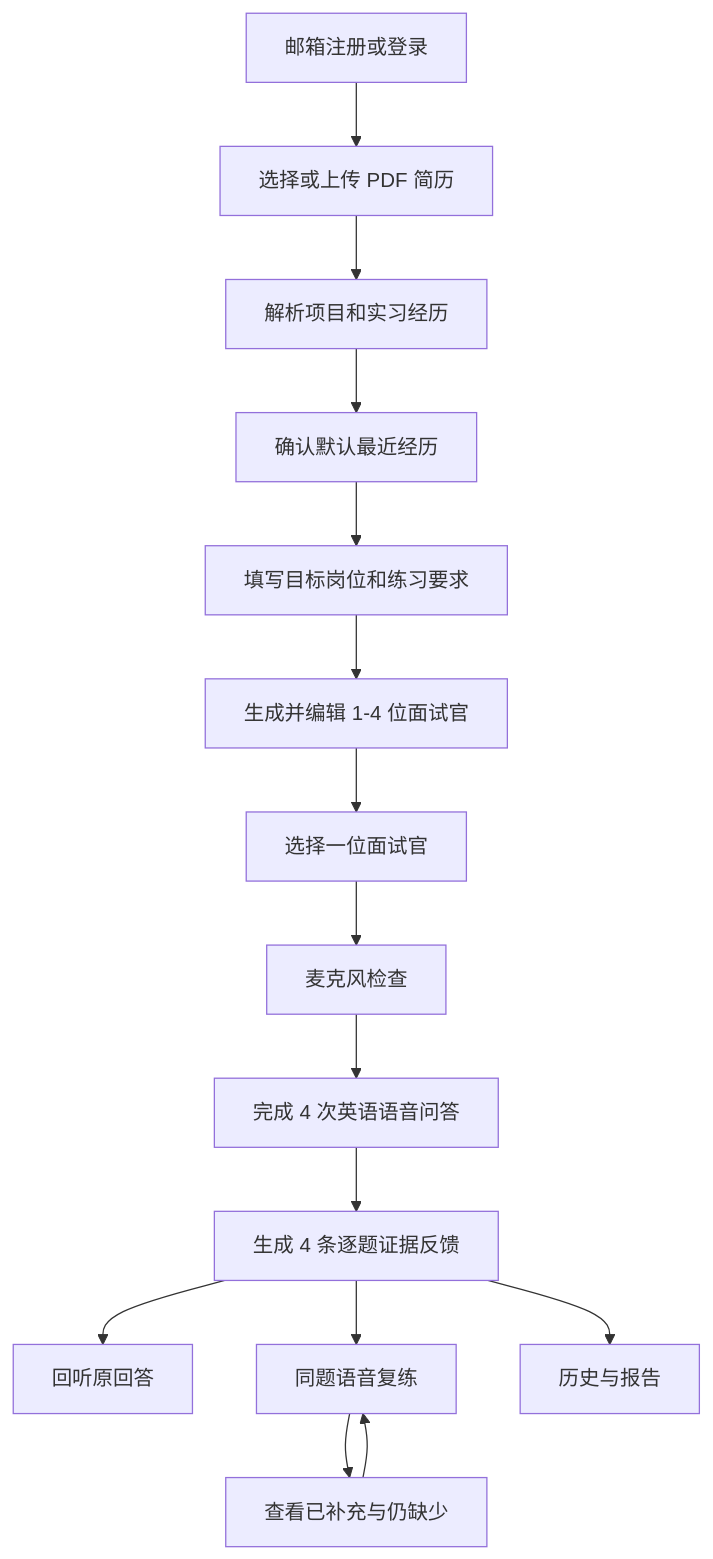
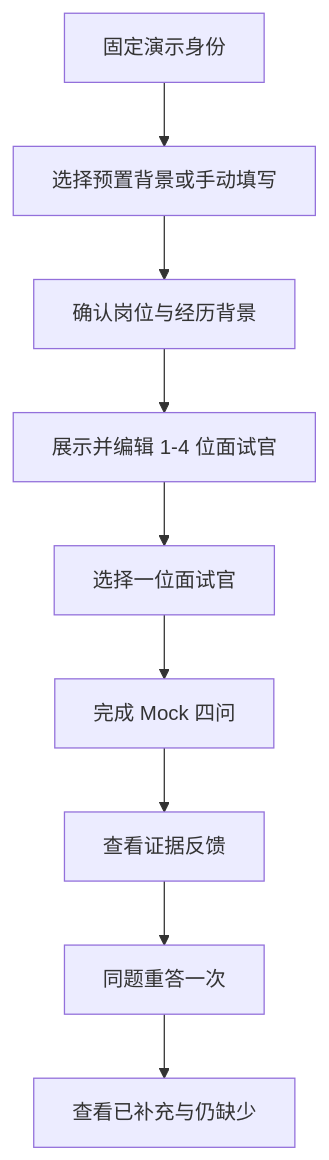
One commit to Lq0412/ai-en-coach changed the diagram in docs/superpowers/specs/2026-07-14-ms1-interview-prd-design.md. Above: the diagram before and after it, drawn with Mermaid. The commit also changed other lines of this file and 2 other files, not shown here.

````diff
--- a/docs/superpowers/specs/2026-07-14-ms1-interview-prd-design.md
+++ b/docs/superpowers/specs/2026-07-14-ms1-interview-prd-design.md
@@ -100,17 +75,11 @@
 ```mermaid
 flowchart TD
-  A[邮箱注册或登录] --> B[选择或上传 PDF 简历]
-  B --> C[解析项目和实习经历]
-  C --> D[确认默认最近经历]
-  D --> E[填写目标岗位和练习要求]
-  E --> F[生成并编辑 1-4 位面试官]
-  F --> G[选择一位面试官]
-  G --> H[麦克风检查]
-  H --> I[完成 4 次英语语音问答]
-  I --> J[生成 4 条逐题证据反馈]
-  J --> K[回听原回答]
-  J --> L[同题语音复练]
-  L --> M[查看已补充与仍缺少]
-  M --> L
-  J --> N[历史与报告]
+  A[固定演示身份] --> B[选择预置背景或手动填写]
+  B --> C[确认岗位与经历背景]
+  C --> D[展示并编辑 1-4 位面试官]
+  D --> E[选择一位面试官]
+  E --> F[完成 Mock 四问]
+  F --> G[查看证据反馈]
+  G --> H[同题重答一次]
+  H --> I[查看已补充与仍缺少]
 ```
````
